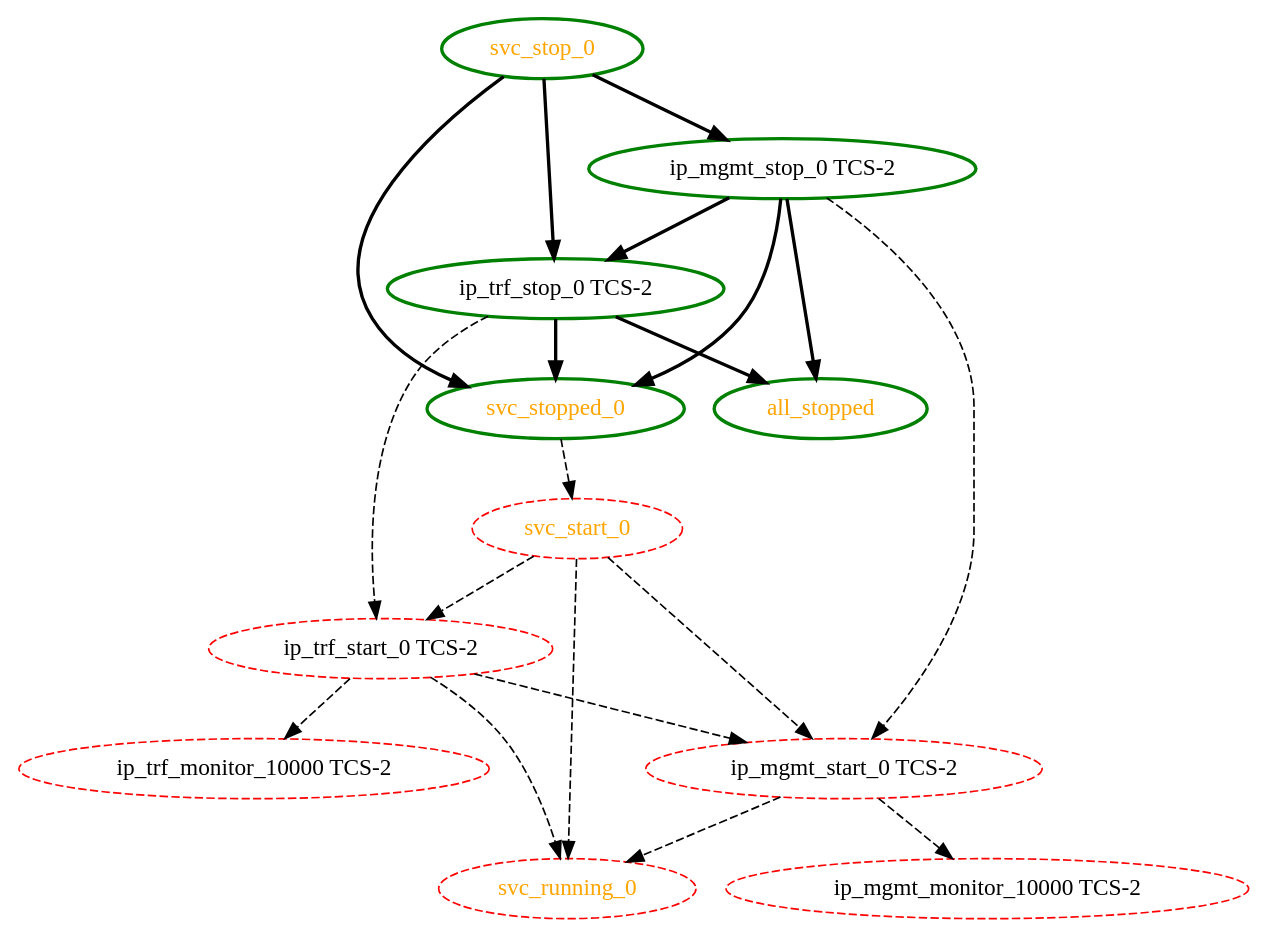
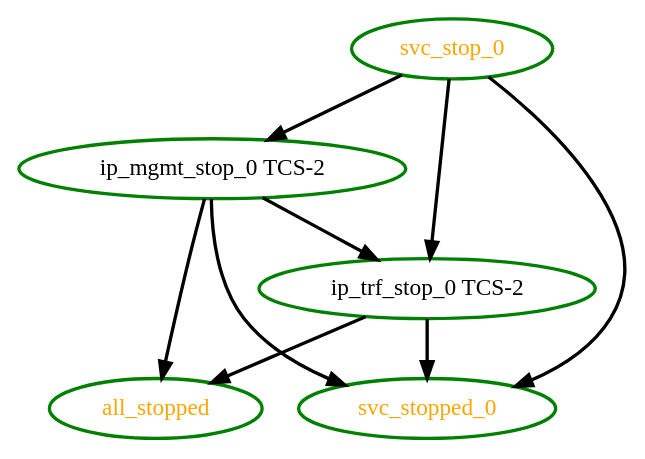
One commit to ClusterLabs/pacemaker changed the diagram in pengine/test10/bug-cl-5170.dot. Above: the diagram before and after it, drawn with Graphviz. The commit also changed 11 other files, not shown here.

```diff
--- a/pengine/test10/bug-cl-5170.dot
+++ b/pengine/test10/bug-cl-5170.dot
@@ -1,32 +1,15 @@
 digraph "g" {
 "all_stopped" [ style=bold color="green" fontcolor="orange"]
-"ip_mgmt_monitor_10000 TCS-2" [ style=dashed color="red" fontcolor="black"]
-"ip_mgmt_start_0 TCS-2" -> "ip_mgmt_monitor_10000 TCS-2" [ style = dashed]
-"ip_mgmt_start_0 TCS-2" -> "svc_running_0" [ style = dashed]
-"ip_mgmt_start_0 TCS-2" [ style=dashed color="red" fontcolor="black"]
 "ip_mgmt_stop_0 TCS-2" -> "all_stopped" [ style = bold]
-"ip_mgmt_stop_0 TCS-2" -> "ip_mgmt_start_0 TCS-2" [ style = dashed]
 "ip_mgmt_stop_0 TCS-2" -> "ip_trf_stop_0 TCS-2" [ style = bold]
 "ip_mgmt_stop_0 TCS-2" -> "svc_stopped_0" [ style = bold]
 "ip_mgmt_stop_0 TCS-2" [ style=bold color="green" fontcolor="black"]
-"ip_trf_monitor_10000 TCS-2" [ style=dashed color="red" fontcolor="black"]
-"ip_trf_start_0 TCS-2" -> "ip_mgmt_start_0 TCS-2" [ style = dashed]
-"ip_trf_start_0 TCS-2" -> "ip_trf_monitor_10000 TCS-2" [ style = dashed]
-"ip_trf_start_0 TCS-2" -> "svc_running_0" [ style = dashed]
-"ip_trf_start_0 TCS-2" [ style=dashed color="red" fontcolor="black"]
 "ip_trf_stop_0 TCS-2" -> "all_stopped" [ style = bold]
-"ip_trf_stop_0 TCS-2" -> "ip_trf_start_0 TCS-2" [ style = dashed]
 "ip_trf_stop_0 TCS-2" -> "svc_stopped_0" [ style = bold]
 "ip_trf_stop_0 TCS-2" [ style=bold color="green" fontcolor="black"]
-"svc_running_0" [ style=dashed color="red" fontcolor="orange"]
-"svc_start_0" -> "ip_mgmt_start_0 TCS-2" [ style = dashed]
-"svc_start_0" -> "ip_trf_start_0 TCS-2" [ style = dashed]
-"svc_start_0" -> "svc_running_0" [ style = dashed]
-"svc_start_0" [ style=dashed color="red" fontcolor="orange"]
 "svc_stop_0" -> "ip_mgmt_stop_0 TCS-2" [ style = bold]
 "svc_stop_0" -> "ip_trf_stop_0 TCS-2" [ style = bold]
 "svc_stop_0" -> "svc_stopped_0" [ style = bold]
 "svc_stop_0" [ style=bold color="green" fontcolor="orange"]
-"svc_stopped_0" -> "svc_start_0" [ style = dashed]
 "svc_stopped_0" [ style=bold color="green" fontcolor="orange"]
 }
```
